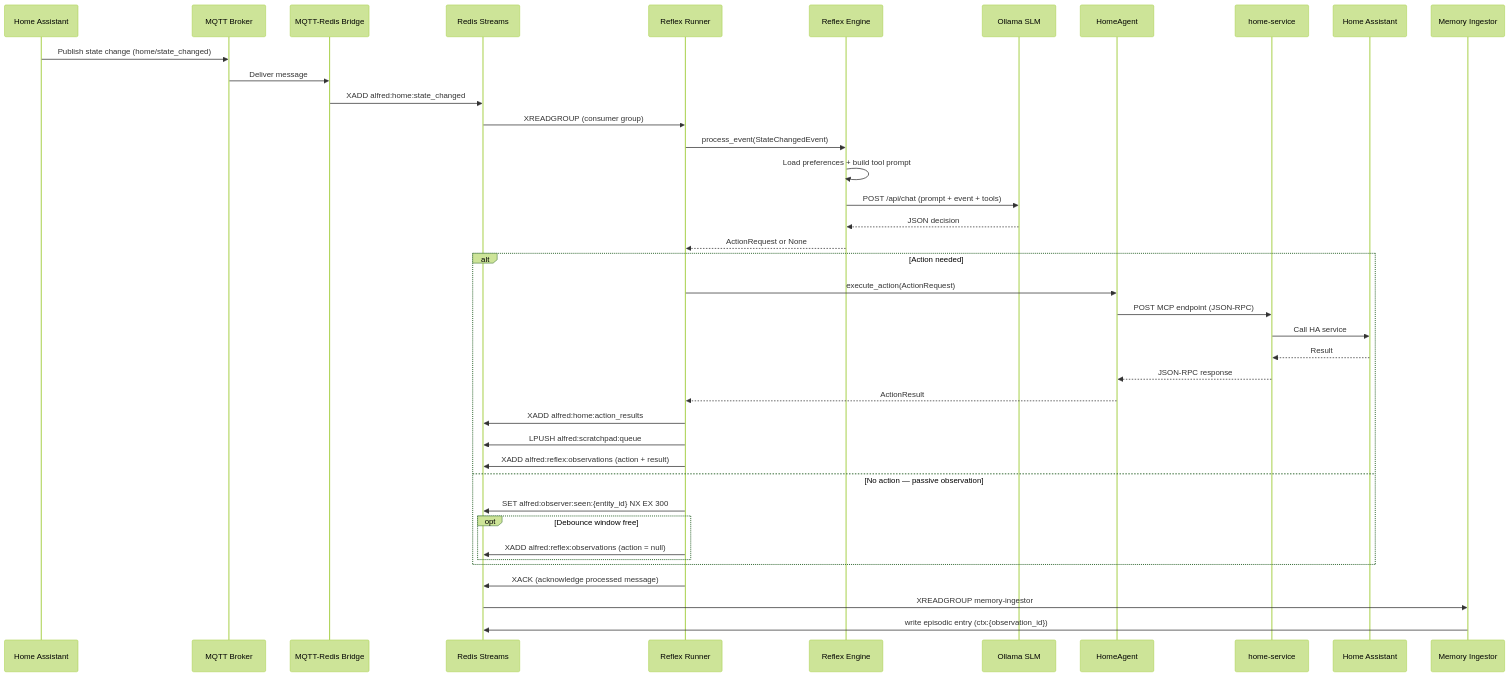
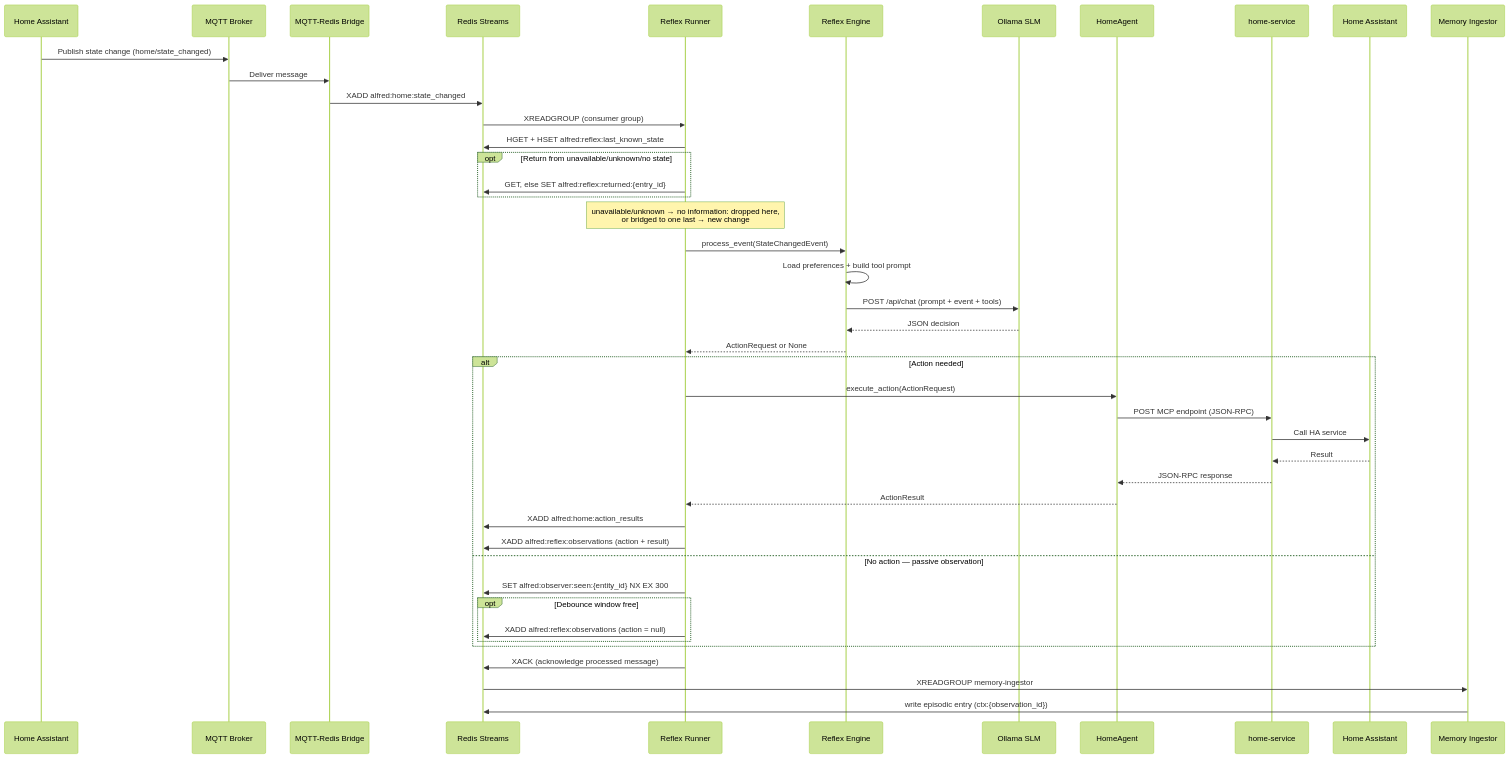
One commit to anirudhlath/alfred changed the second of 5 diagrams in docs/architecture.md. Above: the diagram before and after it, drawn with Mermaid (forest theme). The commit also changed other lines of this file and 31 other files, not shown here.

````diff
--- a/docs/architecture.md
+++ b/docs/architecture.md
@@ -68,43 +68,47 @@
 ```mermaid
 sequenceDiagram
     participant HA as Home Assistant
     participant MQTT as MQTT Broker
     participant Bridge as MQTT-Redis Bridge
     participant Redis as Redis Streams
     participant Runner as Reflex Runner
     participant Engine as Reflex Engine
     participant Ollama as Ollama SLM
     participant Agent as HomeAgent
     participant Svc as home-service
     participant HA2 as Home Assistant
     participant Ing as Memory Ingestor
 
     HA->>MQTT: Publish state change (home/state_changed)
     MQTT->>Bridge: Deliver message
     Bridge->>Redis: XADD alfred:home:state_changed
     Redis->>Runner: XREADGROUP (consumer group)
+    Runner->>Redis: HGET + HSET alfred:reflex:last_known_state
+    opt Return from unavailable/unknown/no state
+        Runner->>Redis: GET, else SET alfred:reflex:returned:{entry_id}
+    end
+    Note over Runner: unavailable/unknown → no information: dropped here,<br/>or bridged to one last → new change
     Runner->>Engine: process_event(StateChangedEvent)
     Engine->>Engine: Load preferences + build tool prompt
     Engine->>Ollama: POST /api/chat (prompt + event + tools)
     Ollama-->>Engine: JSON decision
     Engine-->>Runner: ActionRequest or None
     alt Action needed
         Runner->>Agent: execute_action(ActionRequest)
         Agent->>Svc: POST MCP endpoint (JSON-RPC)
         Svc->>HA2: Call HA service
         HA2-->>Svc: Result
         Svc-->>Agent: JSON-RPC response
         Agent-->>Runner: ActionResult
         Runner->>Redis: XADD alfred:home:action_results
-        Runner->>Redis: LPUSH alfred:scratchpad:queue
         Runner->>Redis: XADD alfred:reflex:observations (action + result)
     else No action — passive observation
         Runner->>Redis: SET alfred:observer:seen:{entity_id} NX EX 300
         opt Debounce window free
             Runner->>Redis: XADD alfred:reflex:observations (action = null)
         end
     end
     Runner->>Redis: XACK (acknowledge processed message)
     Redis->>Ing: XREADGROUP memory-ingestor
     Ing->>Redis: write episodic entry (ctx:{observation_id})
 ```
````
